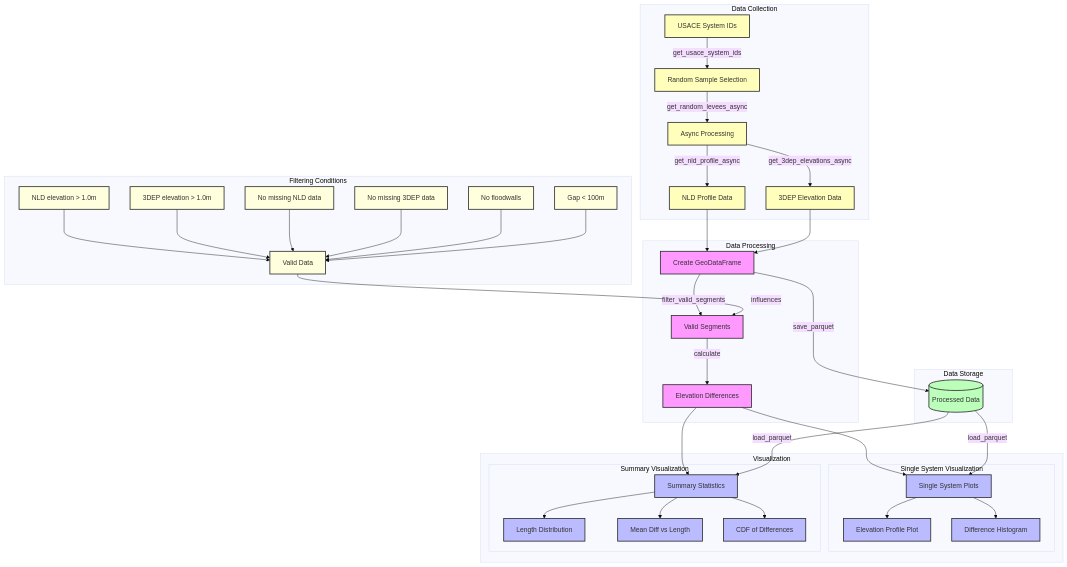
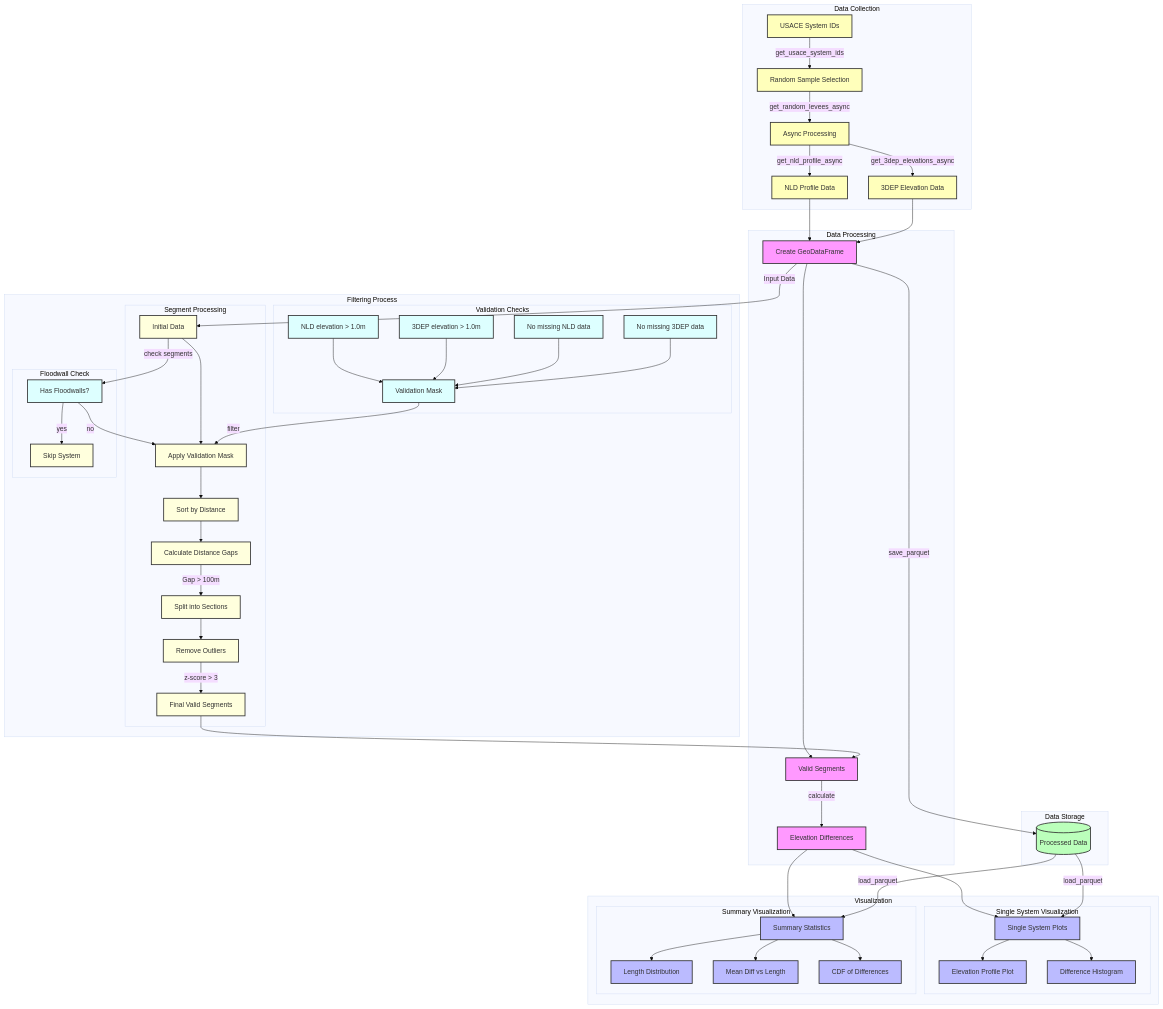
The diagram in README.md (jameshgrn/army_levees), drawn with Mermaid (base theme) before and after one commit.

Commit message:
docs: update system architecture diagram

````diff
--- a/README.md
+++ b/README.md
@@ -14,60 +14,81 @@
 ```mermaid
 graph TD
     subgraph Data Collection
         A[USACE System IDs] -->|get_usace_system_ids| B[Random Sample Selection]
         B -->|get_random_levees_async| C[Async Processing]
         C -->|get_nld_profile_async| D[NLD Profile Data]
         C -->|get_3dep_elevations_async| E[3DEP Elevation Data]
     end
 
     subgraph Data Processing
         D --> F[Create GeoDataFrame]
         E --> F
-        F -->|filter_valid_segments| G[Valid Segments]
+        F --> G[Valid Segments]
         G -->|calculate| H[Elevation Differences]
     end
 
-    subgraph Filtering Conditions
-        V1[NLD elevation > 1.0m] --> V[Valid Data]
-        V2[3DEP elevation > 1.0m] --> V
-        V3[No missing NLD data] --> V
-        V4[No missing 3DEP data] --> V
-        V5[No floodwalls] --> V
-        V6[Gap < 100m] --> V
-        V -->|influences| G
+    subgraph Filtering Process
+        F -->|Input Data| V0[Initial Data]
+
+        subgraph Validation Checks
+            V1[NLD elevation > 1.0m] --> VM[Validation Mask]
+            V2[3DEP elevation > 1.0m] --> VM
+            V3[No missing NLD data] --> VM
+            V4[No missing 3DEP data] --> VM
+        end
+
+        subgraph Segment Processing
+            V0 --> S1[Apply Validation Mask]
+            VM -->|filter| S1
+            S1 --> S2[Sort by Distance]
+            S2 --> S3[Calculate Distance Gaps]
+            S3 -->|Gap > 100m| S4[Split into Sections]
+            S4 --> S5[Remove Outliers]
+            S5 -->|z-score > 3| S6[Final Valid Segments]
+        end
+
+        subgraph Floodwall Check
+            V0 -->|check segments| FW[Has Floodwalls?]
+            FW -->|yes| Skip[Skip System]
+            FW -->|no| S1
+        end
+
+        S6 --> G
     end
 
     subgraph Visualization
         H --> I[Single System Plots]
         H --> J[Summary Statistics]
 
         subgraph Single System Visualization
             I --> K[Elevation Profile Plot]
             I --> L[Difference Histogram]
         end
 
         subgraph Summary Visualization
             J --> M[Length Distribution]
             J --> N[Mean Diff vs Length]
             J --> O[CDF of Differences]
         end
     end
 
     subgraph Data Storage
         F -->|save_parquet| P[(Processed Data)]
         P -->|load_parquet| I
         P -->|load_parquet| J
     end
 
     classDef processing fill:#f9f,stroke:#333,stroke-width:2px
     classDef visualization fill:#bbf,stroke:#333,stroke-width:2px
     classDef storage fill:#bfb,stroke:#333,stroke-width:2px
     classDef collection fill:#ffb,stroke:#333,stroke-width:2px
     classDef filtering fill:#ffd,stroke:#333,stroke-width:2px
+    classDef validation fill:#dff,stroke:#333,stroke-width:2px
 
     class A,B,C,D,E collection
     class F,G,H processing
     class I,J,K,L,M,N,O visualization
     class P storage
-    class V1,V2,V3,V4,V5,V6,V filtering
+    class V0,S1,S2,S3,S4,S5,S6,Skip filtering
+    class V1,V2,V3,V4,VM,FW validation
 ```
````
